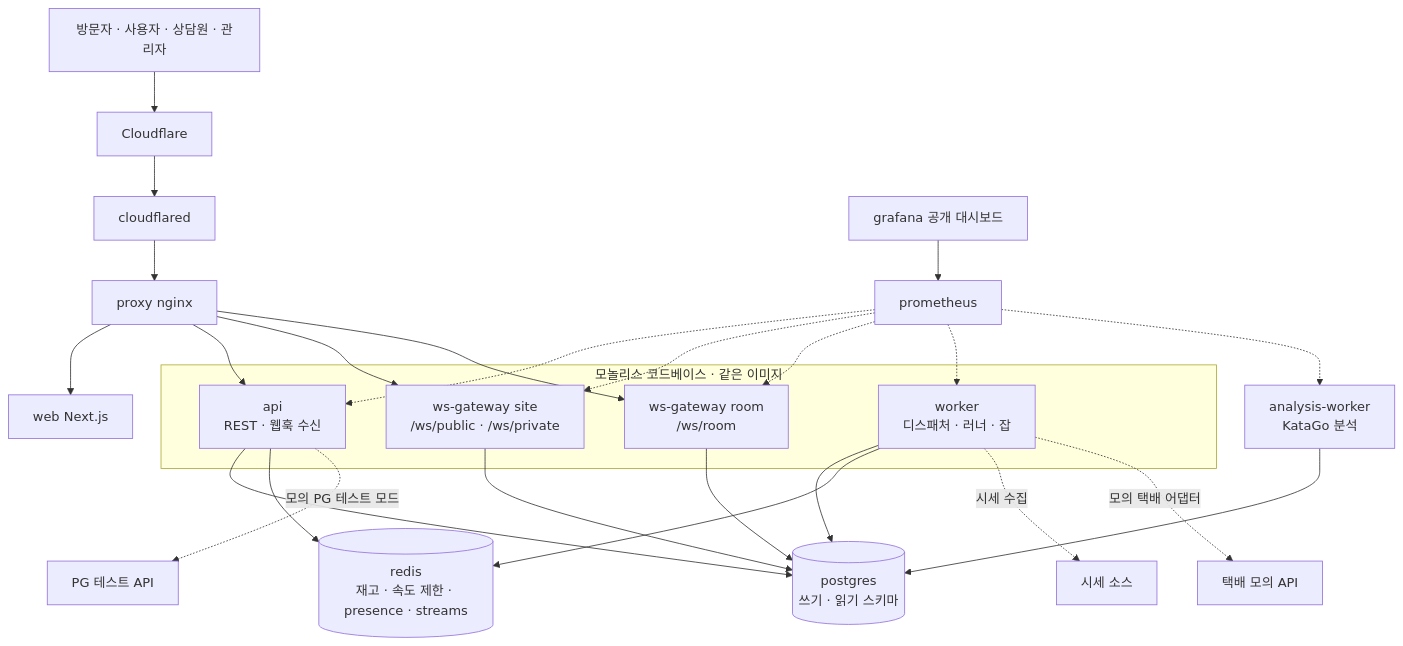
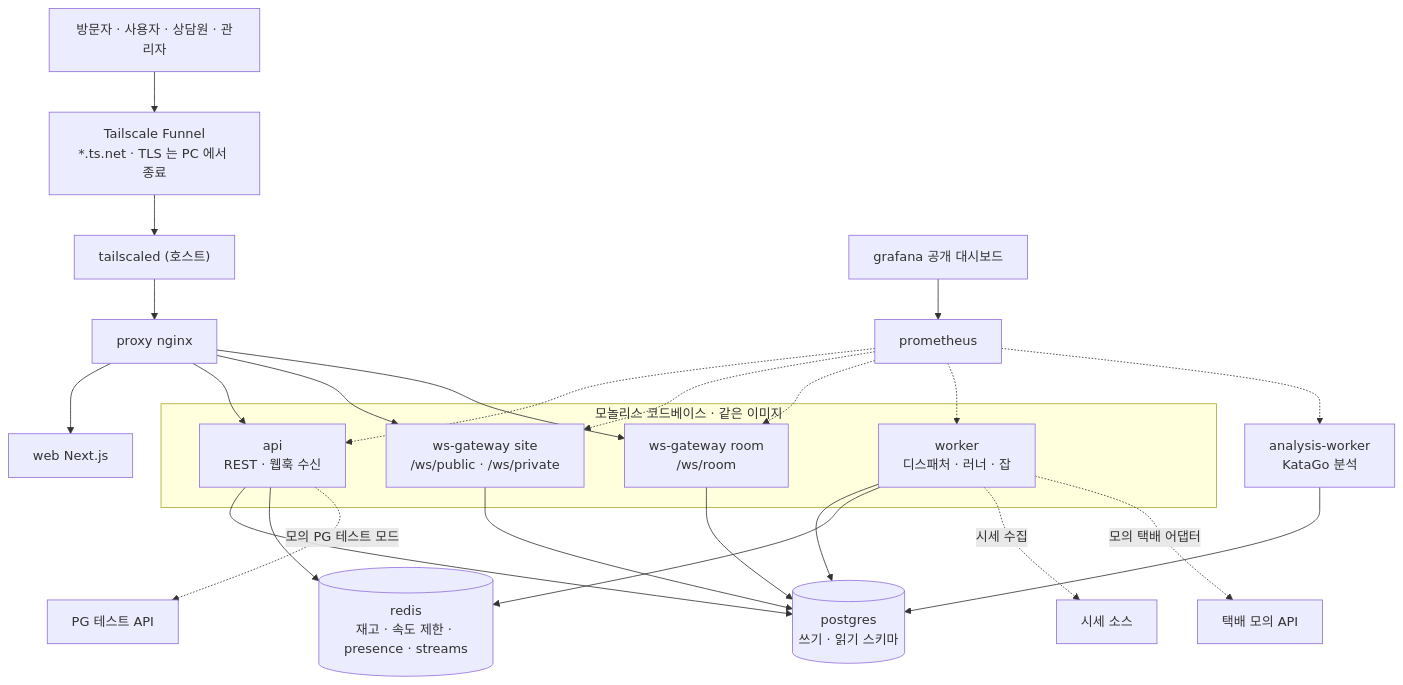
The second of 11 diagrams in docs/design/phases/00-platform-evolution.md (1985jwlee/portpolio_backend), drawn with Mermaid before and after one commit. The commit also changed other lines of this file and 50 other files, not shown here.

````diff
--- a/docs/design/phases/00-platform-evolution.md
+++ b/docs/design/phases/00-platform-evolution.md
@@ -83,35 +83,35 @@
 ```mermaid
 flowchart TB
-    V["방문자 · 사용자 · 상담원 · 관리자"] --> CF["Cloudflare"]
-    CF --> CFD["cloudflared"]
+    V["방문자 · 사용자 · 상담원 · 관리자"] --> CF["Tailscale Funnel<br>*.ts.net · TLS 는 PC 에서 종료"]
+    CF --> CFD["tailscaled (호스트)"]
     CFD --> PX["proxy nginx"]
     PX --> WEB["web Next.js"]
     PX --> API["api<br/>REST · 웹훅 수신"]
     PX --> WSS["ws-gateway site<br/>/ws/public · /ws/private"]
     PX --> WSR["ws-gateway room<br/>/ws/room"]
     subgraph core["모놀리스 코드베이스 · 같은 이미지"]
         API
         WSS
         WSR
         WRK["worker<br/>디스패처 · 러너 · 잡"]
     end
     ANA["analysis-worker<br/>KataGo 분석"]
     PG[("postgres<br/>쓰기 · 읽기 스키마")]
     RD[("redis<br/>재고 · 속도 제한 · presence · streams")]
     API --> PG
     WRK --> PG
     WSS --> PG
     WSR --> PG
     ANA --> PG
     API --> RD
     WRK --> RD
     PRM["prometheus"] -.-> API
     PRM -.-> WSS
     PRM -.-> WSR
     PRM -.-> WRK
     PRM -.-> ANA
     GRF["grafana 공개 대시보드"] --> PRM
     API -.->|"모의 PG 테스트 모드"| PGX["PG 테스트 API"]
     WRK -.->|"시세 수집"| FEED["시세 소스"]
     WRK -.->|"모의 택배 어댑터"| COU["택배 모의 API"]
 ```
````
